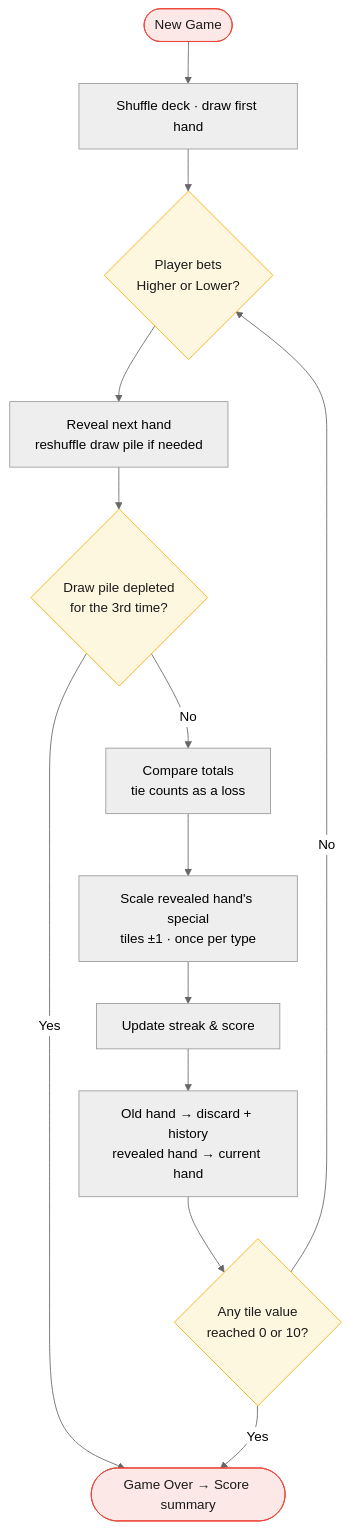
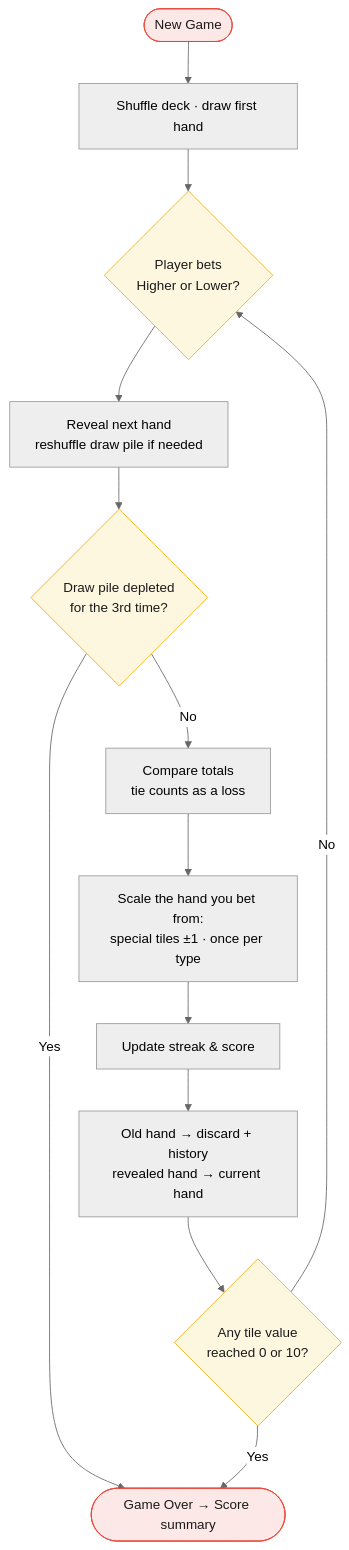
One commit to abdllahosama/Hand-Betting-Game changed the second of 2 diagrams in docs/technical-design.md. Above: the diagram before and after it, drawn with Mermaid (neutral theme). The commit also changed other lines of this file and 3 other files, not shown here.

````diff
--- a/docs/technical-design.md
+++ b/docs/technical-design.md
@@ -222,20 +226,20 @@
 ```mermaid
 flowchart TD
     Start([New Game]) --> Shuffle[Shuffle deck · draw first hand]
     Shuffle --> Bet{Player bets<br/>Higher or Lower?}
     Bet --> Reveal[Reveal next hand<br/>reshuffle draw pile if needed]
     Reveal --> Depleted{Draw pile depleted<br/>for the 3rd time?}
     Depleted -- Yes --> Over([Game Over → Score summary])
     Depleted -- No --> Resolve[Compare totals<br/>tie counts as a loss]
-    Resolve --> Scale[Scale revealed hand's special<br/>tiles ±1 · once per type]
+    Resolve --> Scale[Scale the hand you bet from:<br/>special tiles ±1 · once per type]
     Scale --> Score[Update streak & score]
     Score --> Archive[Old hand → discard + history<br/>revealed hand → current hand]
     Archive --> Limit{Any tile value<br/>reached 0 or 10?}
     Limit -- Yes --> Over
     Limit -- No --> Bet
 
     classDef terminal fill:#fce8e6,stroke:#ea4335,color:#1a1a1a;
     classDef decision fill:#fef7e0,stroke:#f9ab00,color:#1a1a1a;
     class Start,Over terminal;
     class Bet,Depleted,Limit decision;
 ```
````
